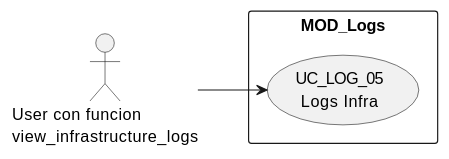
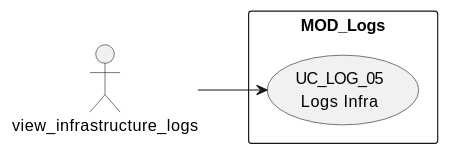
Before and after one commit to jcg-admin/IACT-docs: the diagram in source/requisitos/casos-uso/logs/uc-log-05/diagramas-uml.rst, drawn with PlantUML. The commit also changed 77 other files, not shown here.

First line of the commit message:
Enforce RBAC function names as actors in all UML diagrams

```diff
--- a/source/requisitos/casos-uso/logs/uc-log-05/diagramas-uml.rst
+++ b/source/requisitos/casos-uso/logs/uc-log-05/diagramas-uml.rst
@@ -10,10 +10,10 @@
 .. uml::
 
  @startuml
  left to right direction
- actor "User con funcion\nview_infrastructure_logs" as USR
+ actor "view_infrastructure_logs" as USR
  rectangle "MOD_Logs" {
    usecase "UC_LOG_05\nLogs Infra" as UC05
  }
  USR --> UC05
  @enduml
```
